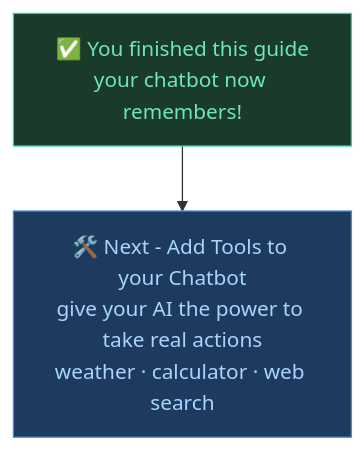
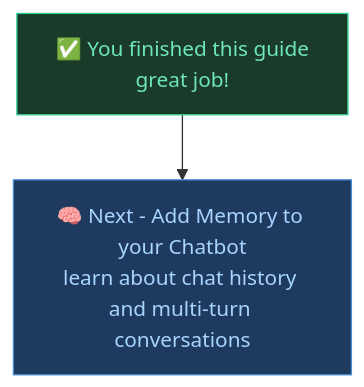
The seventh of 7 diagrams in README.md (abdulsamadxai/groq-chatbot-basic), drawn with Mermaid before and after one commit. The commit also changed other lines of this file, not shown here.

First line of the commit message:
Revise README for chatbot memory and setup

````diff
--- a/README.md
+++ b/README.md
@@ -342,8 +303,8 @@
 ```mermaid
 flowchart TD
-    A["✅ You finished this guide\nyour chatbot now remembers!"]:::done
-    A --> B["🛠️ Next - Add Tools to your Chatbot\ngive your AI the power to take real actions\nweather · calculator · web search"]:::blue
+    A["✅ You finished this guide\ngreat job!"]:::done
+    A --> B["🧠 Next - Add Memory to your Chatbot\nlearn about chat history and multi-turn conversations"]:::blue
 
     classDef done fill:#1a3a2a,stroke:#34d399,color:#6ee7b7
     classDef blue fill:#1e3a5f,stroke:#4a8fd4,color:#a8d4ff
 ```
````
